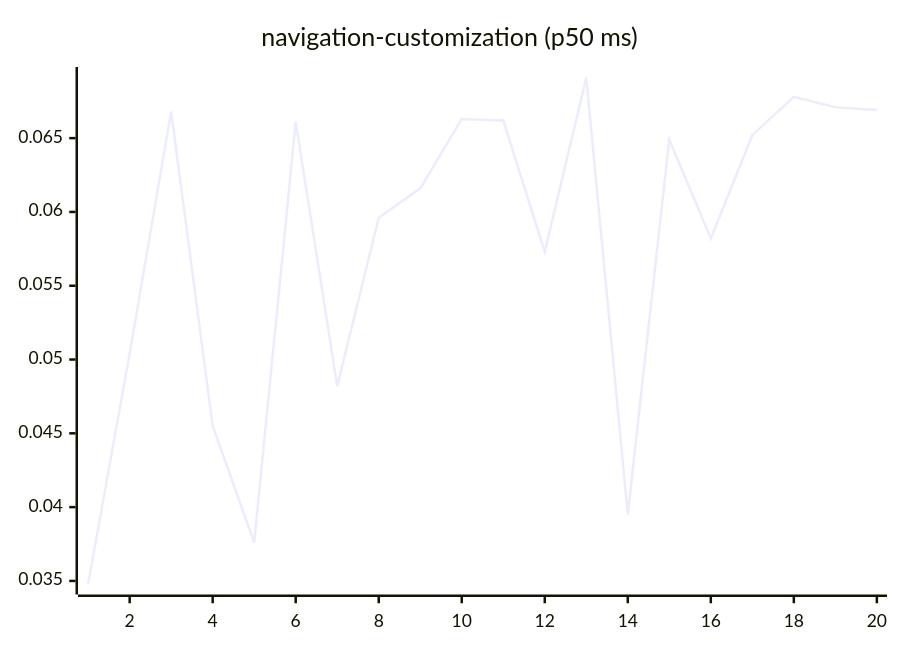
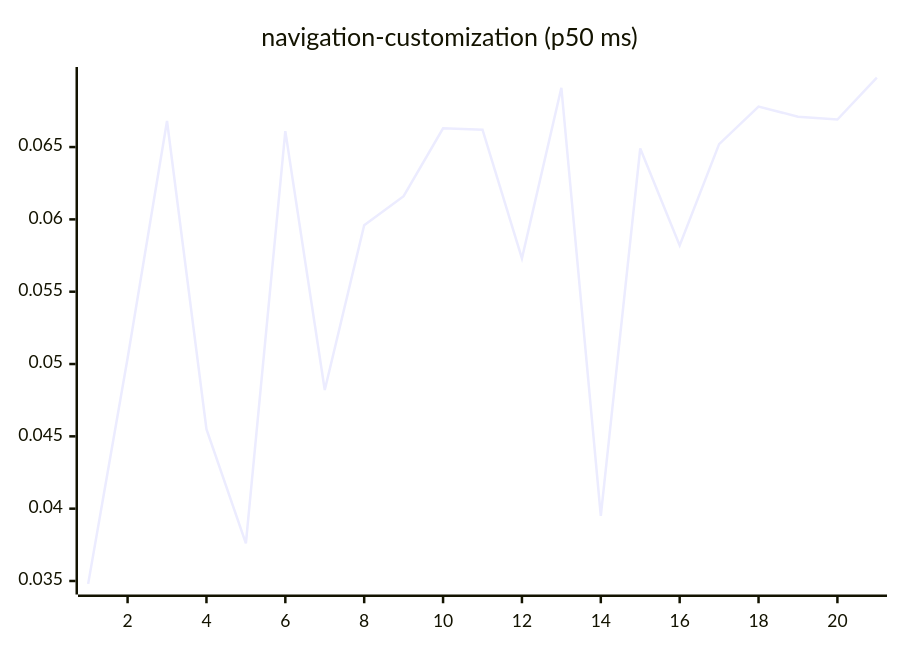
Diagram 15 of 27 in README.md (josha/Facet), drawn with Mermaid before and after one commit. The commit also changed other lines of this file and 2 other files, not shown here.

````diff
--- a/README.md
+++ b/README.md
@@ -161,6 +161,6 @@
 ```mermaid
 xychart-beta
     title "navigation-customization (p50 ms)"
-    x-axis 1 --> 20
-    line [0.0348, 0.0504, 0.0668, 0.0455, 0.0376, 0.0661, 0.0482, 0.0596, 0.0616, 0.0663, 0.0662, 0.0573, 0.0691, 0.0395, 0.0649, 0.0582, 0.0652, 0.0678, 0.0671, 0.0669]
+    x-axis 1 --> 21
+    line [0.0348, 0.0504, 0.0668, 0.0455, 0.0376, 0.0661, 0.0482, 0.0596, 0.0616, 0.0663, 0.0662, 0.0573, 0.0691, 0.0395, 0.0649, 0.0582, 0.0652, 0.0678, 0.0671, 0.0669, 0.0698]
 ```
````
